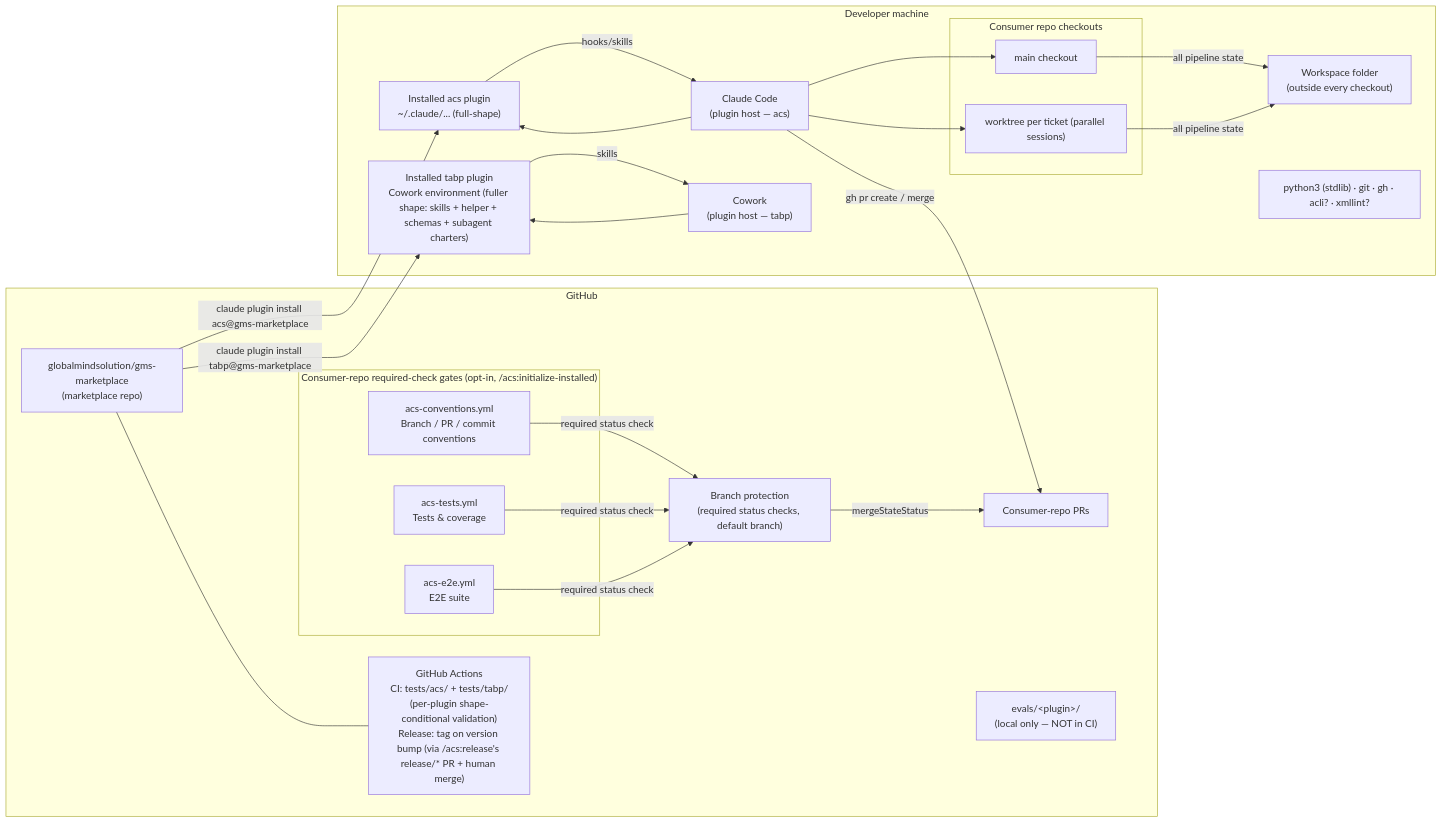
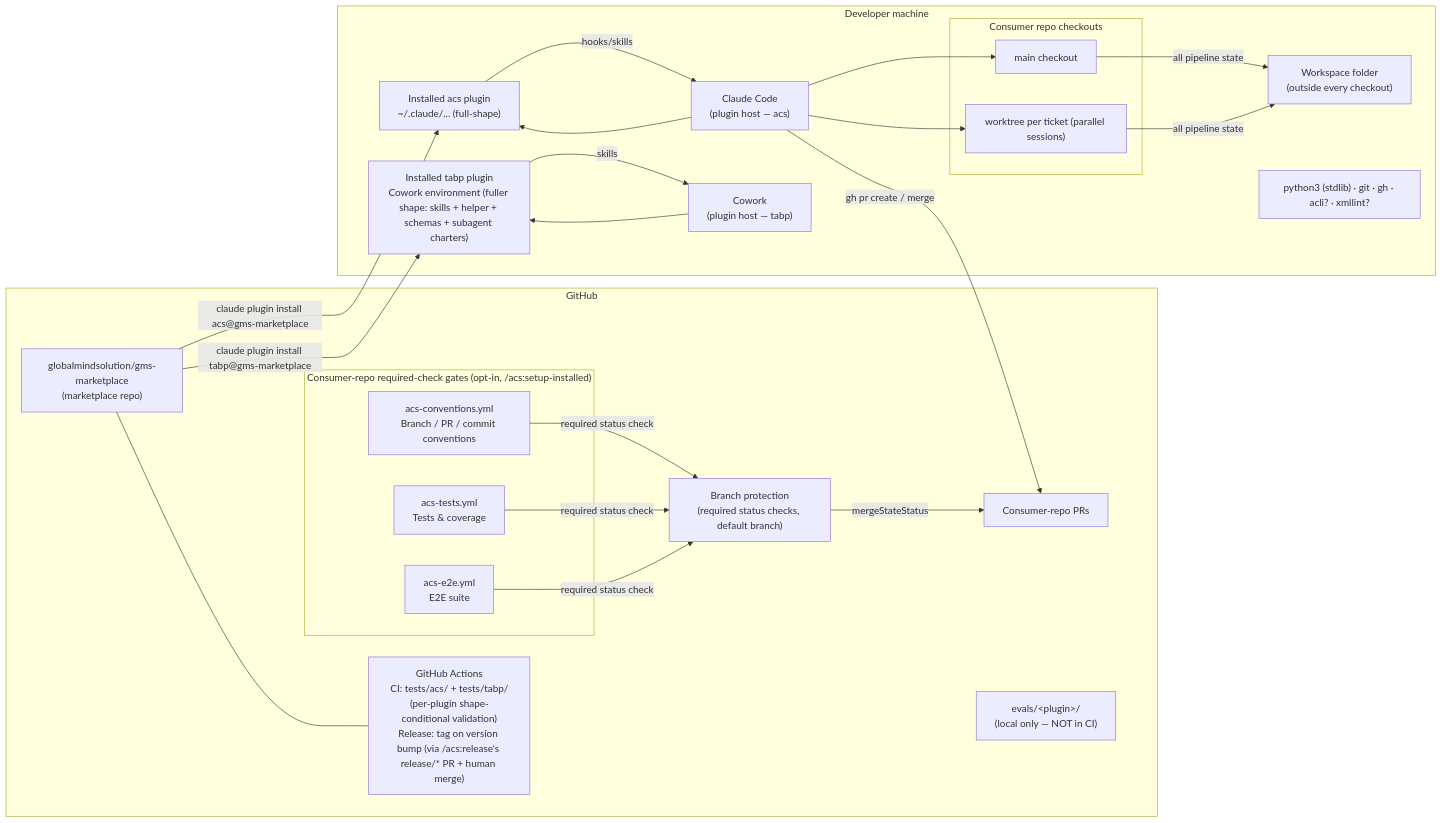
One commit to globalmindsolution/gms-marketplace changed the diagram in docs/architecture/hld/deployment.md. Above: the diagram before and after it, drawn with Mermaid. The commit also changed other lines of this file and 24 other files, not shown here.

First line of the commit message:
MAR-1 Update product/architecture/requirements/quality/evals docs and the coupled fixture to /acs:setup (T3)

````diff
--- a/docs/architecture/hld/deployment.md
+++ b/docs/architecture/hld/deployment.md
@@ -3,41 +3,41 @@
 ```mermaid
 flowchart LR
     subgraph github["GitHub"]
         MR["globalmindsolution/gms-marketplace<br/>(marketplace repo)"]
         ACT["GitHub Actions<br/>CI: tests/acs/ + tests/tabp/<br/>(per-plugin shape-conditional validation)<br/>Release: tag on version bump (via /acs:release's release/* PR + human merge)"]
         PRS["Consumer-repo PRs"]
         EVALS["evals/&lt;plugin&gt;/<br/>(local only — NOT in CI)"]
-        subgraph gates["Consumer-repo required-check gates (opt-in, /acs:initialize-installed)"]
+        subgraph gates["Consumer-repo required-check gates (opt-in, /acs:setup-installed)"]
             G_CONV["acs-conventions.yml<br/>Branch / PR / commit conventions"]
             G_TEST["acs-tests.yml<br/>Tests & coverage"]
             G_E2E["acs-e2e.yml<br/>E2E suite"]
         end
         BP["Branch protection<br/>(required status checks, default branch)"]
     end
 
     subgraph machine["Developer machine"]
         CC["Claude Code<br/>(plugin host — acs)"]
         CW["Cowork<br/>(plugin host — tabp)"]
         PI_ACS["Installed acs plugin<br/>~/.claude/... (full-shape)"]
         PI_TABP["Installed tabp plugin<br/>Cowork environment (fuller shape: skills + helper + schemas + subagent charters)"]
         subgraph checkouts["Consumer repo checkouts"]
             CO1["main checkout"]
             CO2["worktree per ticket (parallel sessions)"]
         end
         WS["Workspace folder<br/>(outside every checkout)"]
         PY["python3 (stdlib) · git · gh · acli? · xmllint?"]
     end
 
     MR -- "claude plugin install acs@gms-marketplace" --> PI_ACS
     MR -- "claude plugin install tabp@gms-marketplace" --> PI_TABP
     MR --- ACT
     CC --> PI_ACS
     PI_ACS -- hooks/skills --> CC
     CW --> PI_TABP
     PI_TABP -- skills --> CW
     CC --> CO1 & CO2
     CO1 & CO2 -- "all pipeline state" --> WS
     CC -- "gh pr create / merge" --> PRS
     G_CONV & G_TEST & G_E2E -- "required status check" --> BP
     BP -- "mergeStateStatus" --> PRS
 ```
````
